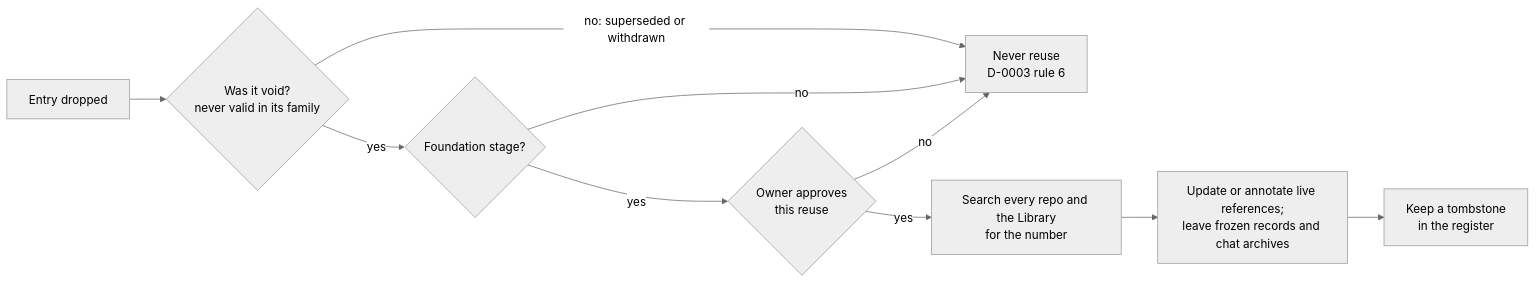
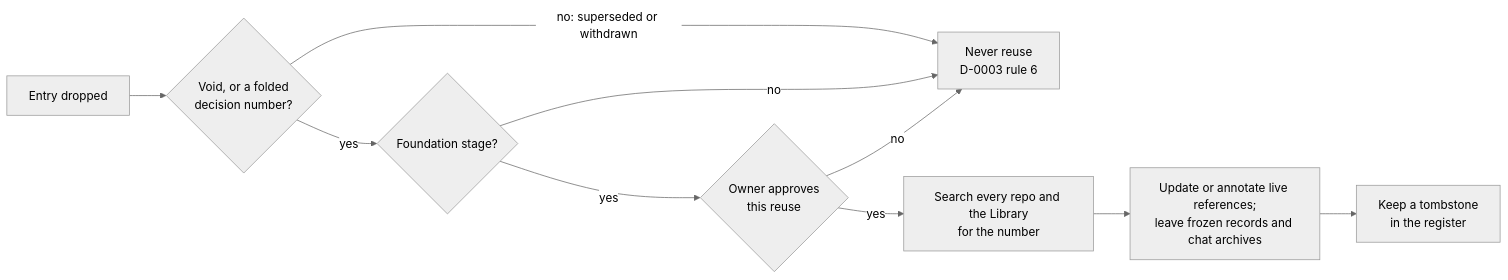
Before and after one commit to jonhill90/central-hub: the diagram in docs/decisions/0004-allow-reuse-of-void-ids-during-foundation.md, drawn with Mermaid (neutral theme). The commit also changed other lines of this file and 17 other files, not shown here.

````diff
--- a/docs/decisions/0004-allow-reuse-of-void-ids-during-foundation.md
+++ b/docs/decisions/0004-allow-reuse-of-void-ids-during-foundation.md
@@ -50,12 +52,12 @@
 ```mermaid
 flowchart LR
-  A[Entry dropped] --> B{Was it void?<br/>never valid in its family}
+  A[Entry dropped] --> B{Void, or a folded<br/>decision number?}
   B -- no: superseded or withdrawn --> N[Never reuse<br/>D-0003 rule 6]
   B -- yes --> C{Foundation stage?}
   C -- no --> N
   C -- yes --> D{Owner approves<br/>this reuse}
   D -- no --> N
   D -- yes --> E[Search every repo and the Library<br/>for the number]
   E --> F[Update or annotate live references;<br/>leave frozen records and chat archives]
   F --> G[Keep a tombstone<br/>in the register]
 ```
````
